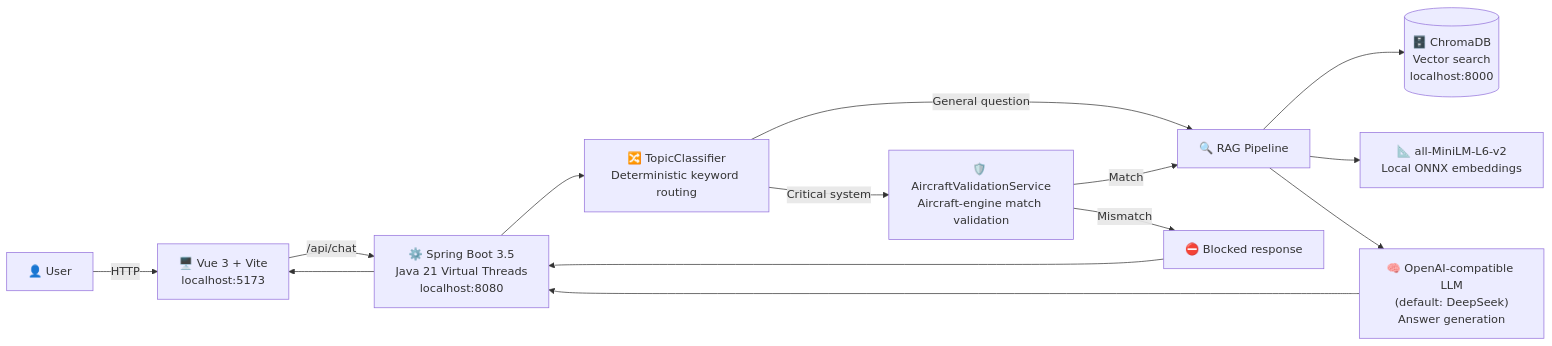
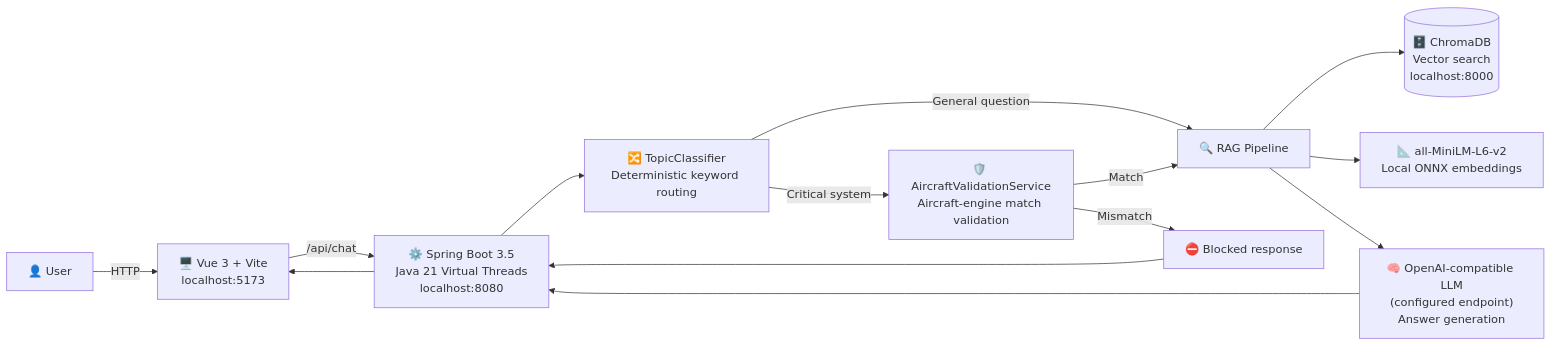
One commit to FEJerome/aviation-maintenance-assistant changed the diagram in README.md. Above: the diagram before and after it, drawn with Mermaid. The commit also changed other lines of this file and 110 other files, not shown here.

````diff
--- a/README.md
+++ b/README.md
@@ -101,16 +103,16 @@
 ```mermaid
 flowchart LR
     User["👤 User"] -->|HTTP| Frontend["🖥️ Vue 3 + Vite\nlocalhost:5173"]
     Frontend -->|/api/chat| Backend["⚙️ Spring Boot 3.5\nJava 21 Virtual Threads\nlocalhost:8080"]
     Backend --> Router["🔀 TopicClassifier\nDeterministic keyword routing"]
     Router -->|Critical system| Validation["🛡️ AircraftValidationService\nAircraft-engine match validation"]
     Router -->|General question| RAG["🔍 RAG Pipeline"]
     Validation -->|Match| RAG
     Validation -->|Mismatch| Block["⛔ Blocked response"]
     RAG --> Chroma[("🗄️ ChromaDB\nVector search\nlocalhost:8000")]
     RAG --> Embed["📐 all-MiniLM-L6-v2\nLocal ONNX embeddings"]
-    RAG --> LLM["🧠 OpenAI-compatible LLM\n(default: DeepSeek)\nAnswer generation"]
+    RAG --> LLM["🧠 OpenAI-compatible LLM\n(configured endpoint)\nAnswer generation"]
     Block --> Backend
     LLM --> Backend
     Backend --> Frontend
 ```
````
